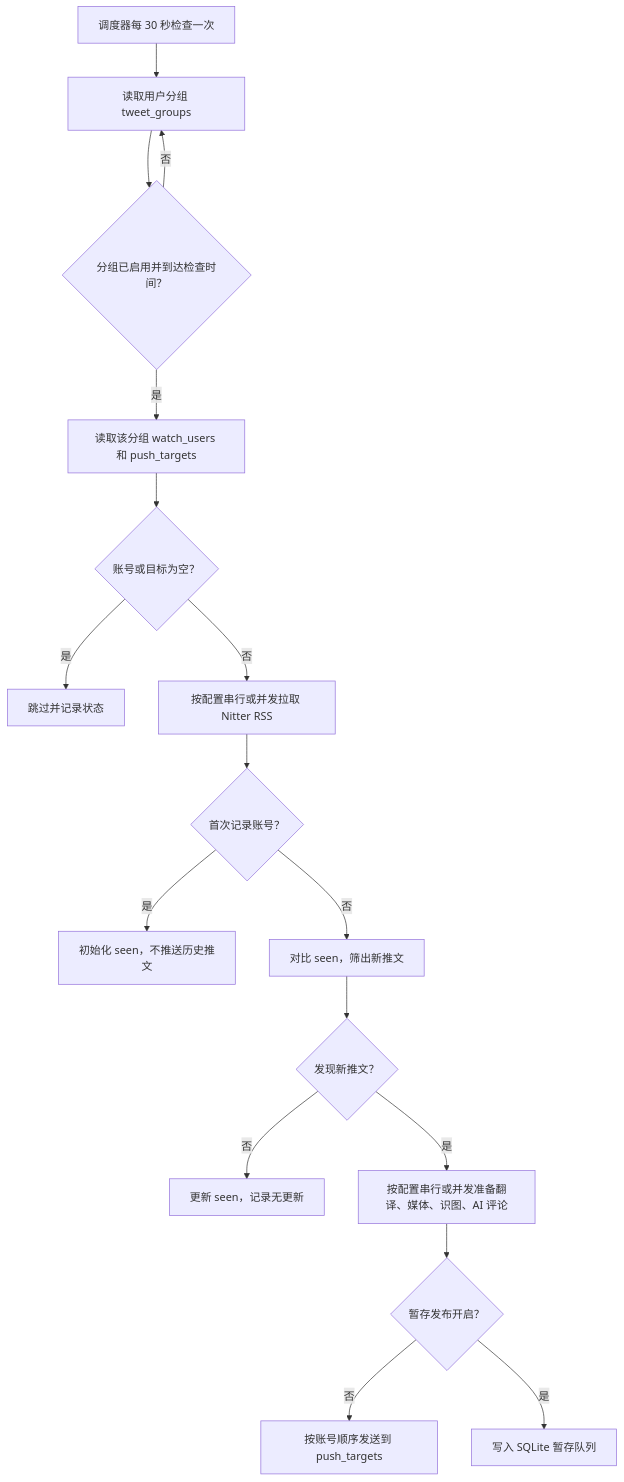
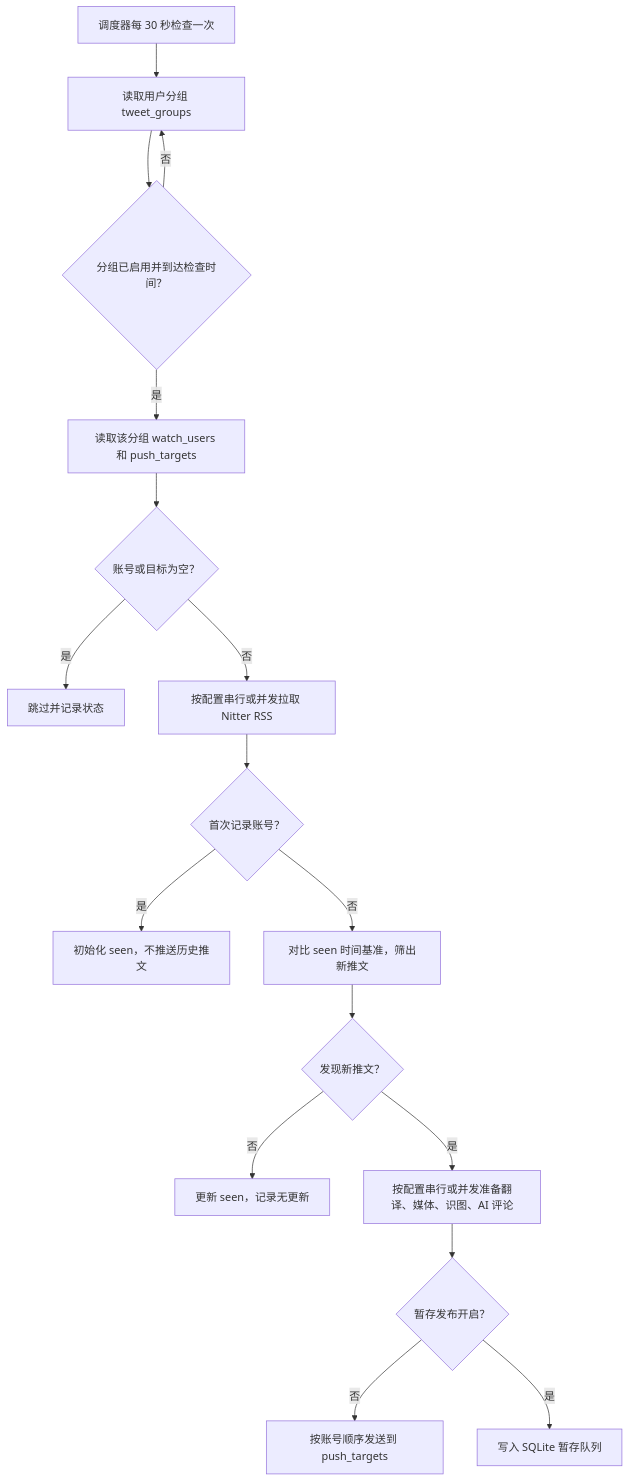
Before and after one commit to shitianyaa/astrbot_plugin_nitter_tweets: the first of 3 diagrams in docs/advanced.md, drawn with Mermaid. The commit also changed other lines of this file and 4 other files, not shown here.

````diff
--- a/docs/advanced.md
+++ b/docs/advanced.md
@@ -24,19 +24,19 @@
 ```mermaid
 flowchart TD
     A["调度器每 30 秒检查一次"] --> B["读取用户分组 tweet_groups"]
     B --> C{"分组已启用并到达检查时间？"}
     C -->|否| B
     C -->|是| D["读取该分组 watch_users 和 push_targets"]
     D --> E{"账号或目标为空？"}
     E -->|是| F["跳过并记录状态"]
     E -->|否| G["按配置串行或并发拉取 Nitter RSS"]
     G --> H{"首次记录账号？"}
     H -->|是| I["初始化 seen，不推送历史推文"]
-    H -->|否| J["对比 seen，筛出新推文"]
+    H -->|否| J["对比 seen 时间基准，筛出新推文"]
     J --> K{"发现新推文？"}
     K -->|否| L["更新 seen，记录无更新"]
     K -->|是| M["按配置串行或并发准备翻译、媒体、识图、AI 评论"]
     M --> N{"暂存发布开启？"}
     N -->|否| O["按账号顺序发送到 push_targets"]
     N -->|是| P["写入 SQLite 暂存队列"]
 ```
````
